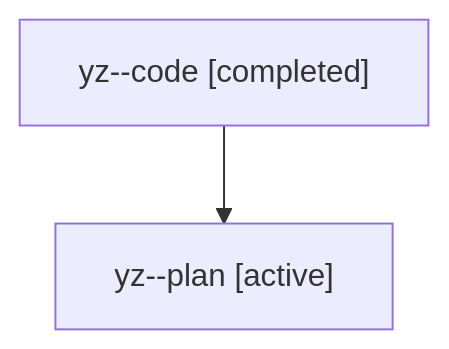
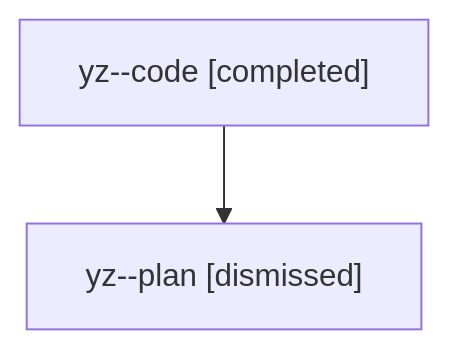
Before and after one commit to sase-org/sase--agents: the diagram in sessions/bbugyi200.athena.yz.md, drawn with Mermaid. The commit also changed other lines of this file and 10 other files, not shown here.

````diff
--- a/sessions/bbugyi200.athena.yz.md
+++ b/sessions/bbugyi200.athena.yz.md
@@ -9,6 +9,6 @@
 ```mermaid
 flowchart TD
   n0["yz--code [completed]"]
-  n1["yz--plan [active]"]
+  n1["yz--plan [dismissed]"]
   n0 --> n1
 ```
````
